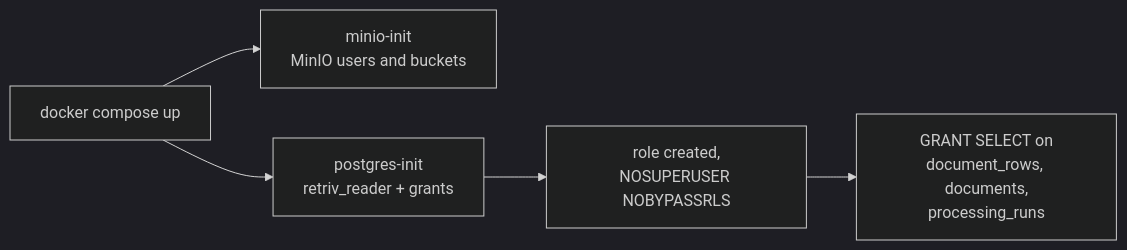
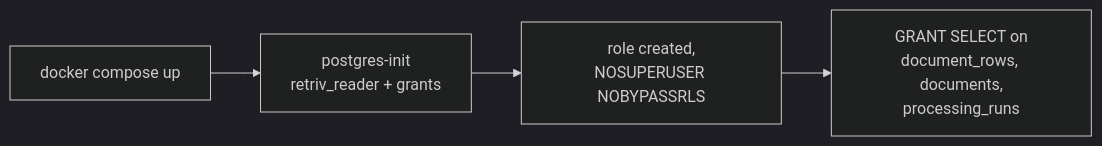
One commit to unedtamps/retriv changed the fourth of 9 diagrams in README.md. Above: the diagram before and after it, drawn with Mermaid (dark theme). The commit also changed other lines of this file and 10 other files, not shown here.

````diff
--- a/README.md
+++ b/README.md
@@ -373,7 +401,6 @@
 ```mermaid
 flowchart LR
-    U["docker compose up"] --> MI["minio-init<br/>MinIO users and buckets"]
-    U --> PI["postgres-init<br/>retriv_reader + grants"]
+    U["docker compose up"] --> PI["postgres-init<br/>retriv_reader + grants"]
     PI --> R["role created,<br/>NOSUPERUSER NOBYPASSRLS"]
     R --> G["GRANT SELECT on<br/>document_rows, documents,<br/>processing_runs"]
 ```
````
